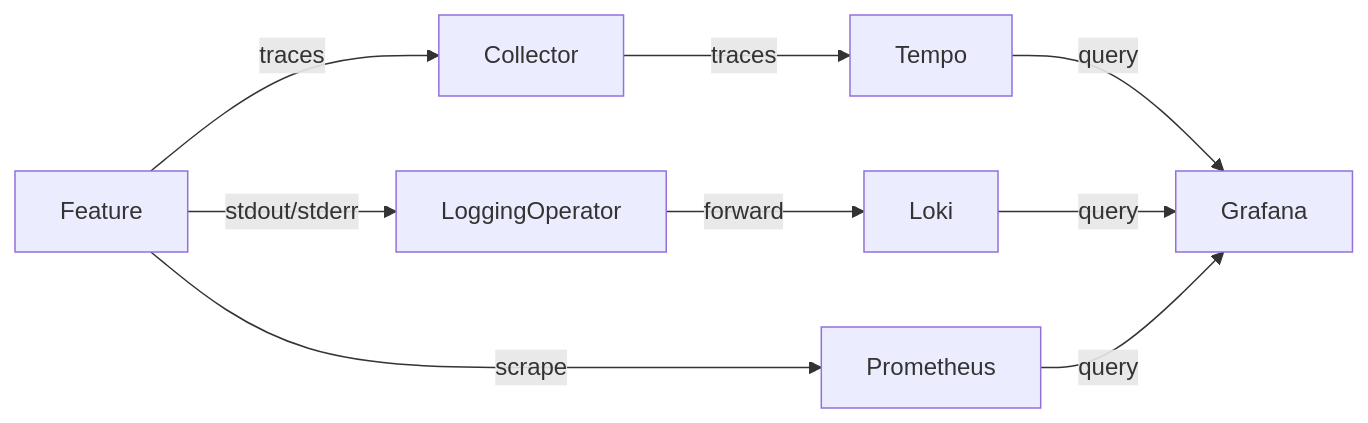
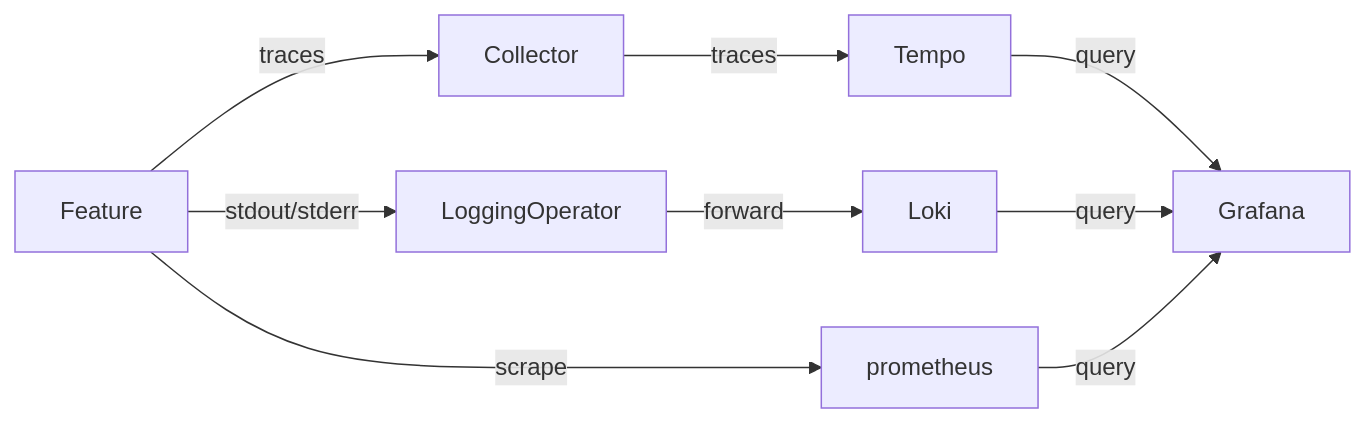
Before and after one commit to nais/handbook: the third of 4 diagrams in docs/technical/observability.md, drawn with Mermaid. The commit also changed other lines of this file, not shown here.

````diff
--- a/docs/technical/observability.md
+++ b/docs/technical/observability.md
@@ -49,19 +84,19 @@
     ```mermaid
     graph LR
       Feature[Feature]
       OtelCollector[Collector]
       LoggingOperator
       Loki
-      Prometheus
+      prometheus
       Tempo
 
       Feature -- traces --> OtelCollector
       Feature -- stdout/stderr --> LoggingOperator
       LoggingOperator -- forward --> Loki
-      Feature -- scrape --> Prometheus
+      Feature -- scrape --> prometheus
       OtelCollector -- traces --> Tempo
 
       Tempo -- query --> Grafana
       Loki -- query --> Grafana
-      Prometheus -- query --> Grafana
+      prometheus -- query --> Grafana
     ```
````
